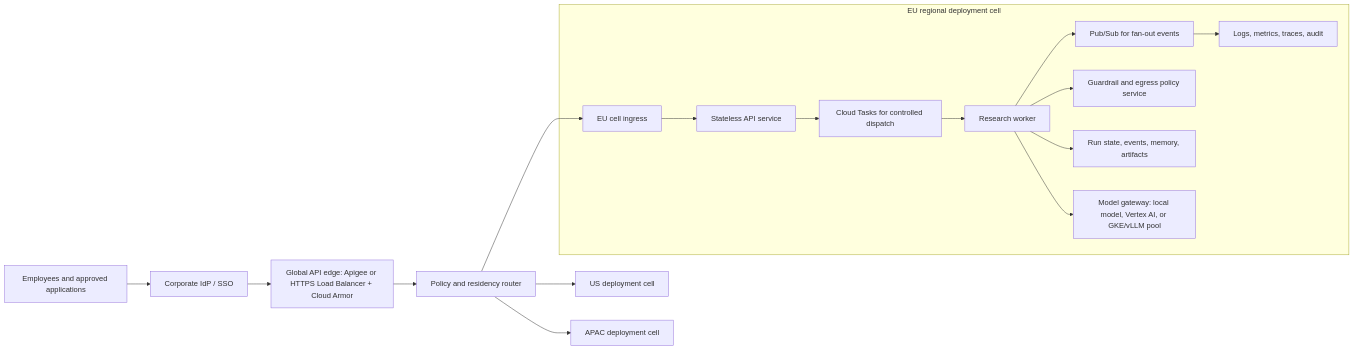
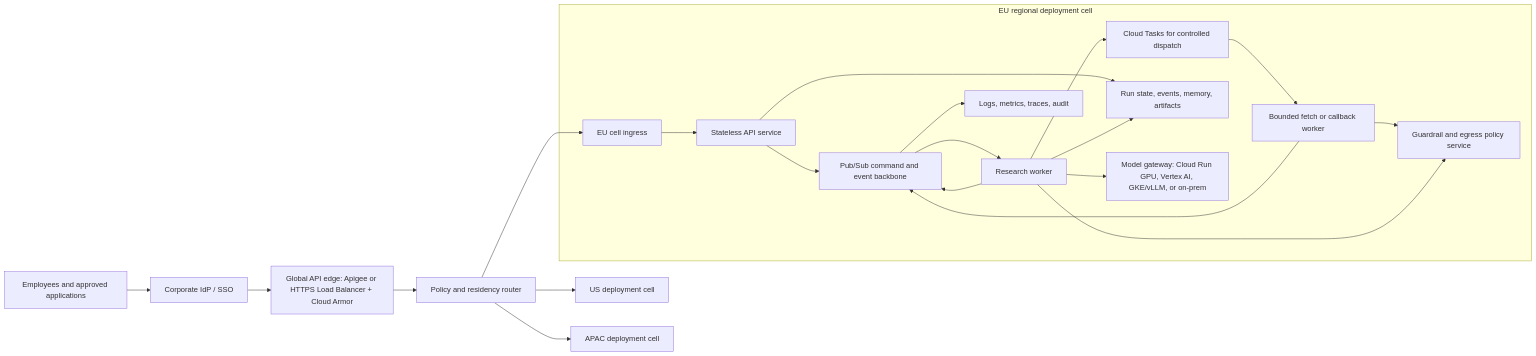
Before and after one commit to BlehMaks/siemens-senior-ai-engineer-test: the diagram in task-03-deployment-strategy/README.md, drawn with Mermaid. The commit also changed other lines of this file, not shown here.

First line of the commit message:
docs(task3): define cloud-native runtime placement

````diff
--- a/task-03-deployment-strategy/README.md
+++ b/task-03-deployment-strategy/README.md
@@ -59,28 +67,34 @@
 ```mermaid
 flowchart LR
     U[Employees and approved applications] --> IDP[Corporate IdP / SSO]
     IDP --> EDGE[Global API edge: Apigee or HTTPS Load Balancer + Cloud Armor]
     EDGE --> ROUTE[Policy and residency router]
     ROUTE --> EU_ENTRY[EU cell ingress]
     ROUTE --> CELL_US[US deployment cell]
     ROUTE --> CELL_APAC[APAC deployment cell]
 
     subgraph EU_CELL[EU regional deployment cell]
         EU_ENTRY --> API
         API[Stateless API service]
         QUEUE[Cloud Tasks for controlled dispatch]
-        EVENTS[Pub/Sub for fan-out events]
+        EVENTS[Pub/Sub command and event backbone]
         WORKER[Research worker]
+        FETCH[Bounded fetch or callback worker]
         POLICY[Guardrail and egress policy service]
         DATA[Run state, events, memory, artifacts]
-        MODEL[Model gateway: local model, Vertex AI, or GKE/vLLM pool]
+        MODEL[Model gateway: Cloud Run GPU, Vertex AI, GKE/vLLM, or on-prem]
         OBS[Logs, metrics, traces, audit]
-        API --> QUEUE
-        QUEUE --> WORKER
+        API --> DATA
+        API --> EVENTS
+        EVENTS --> WORKER
+        WORKER --> QUEUE
+        QUEUE --> FETCH
+        FETCH --> POLICY
+        FETCH --> EVENTS
         WORKER --> POLICY
         WORKER --> MODEL
         WORKER --> DATA
         WORKER --> EVENTS
         EVENTS --> OBS
     end
 ```
````
